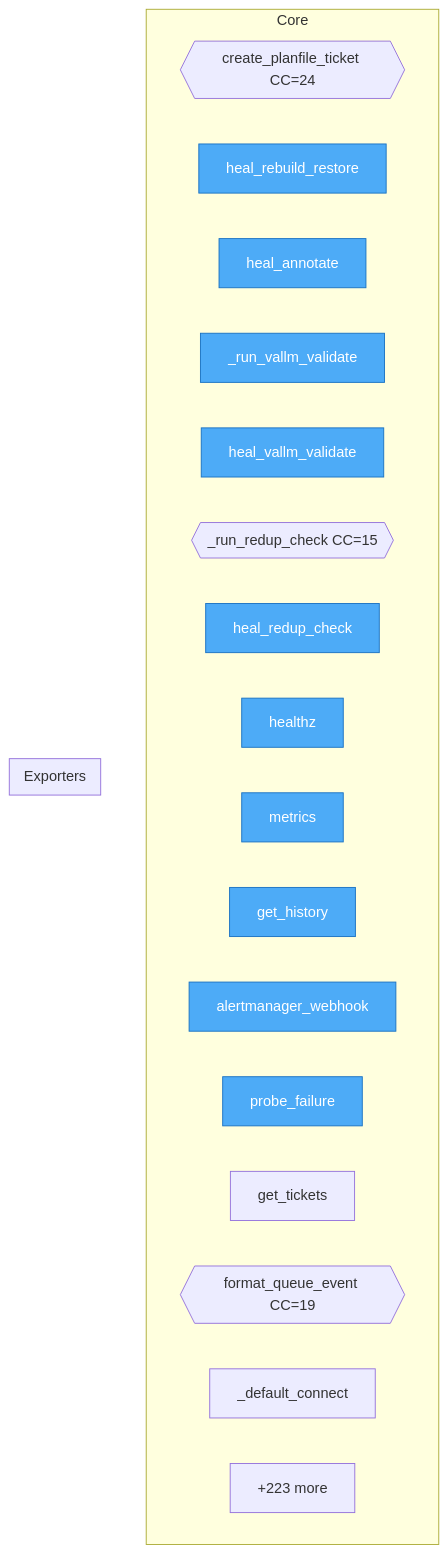
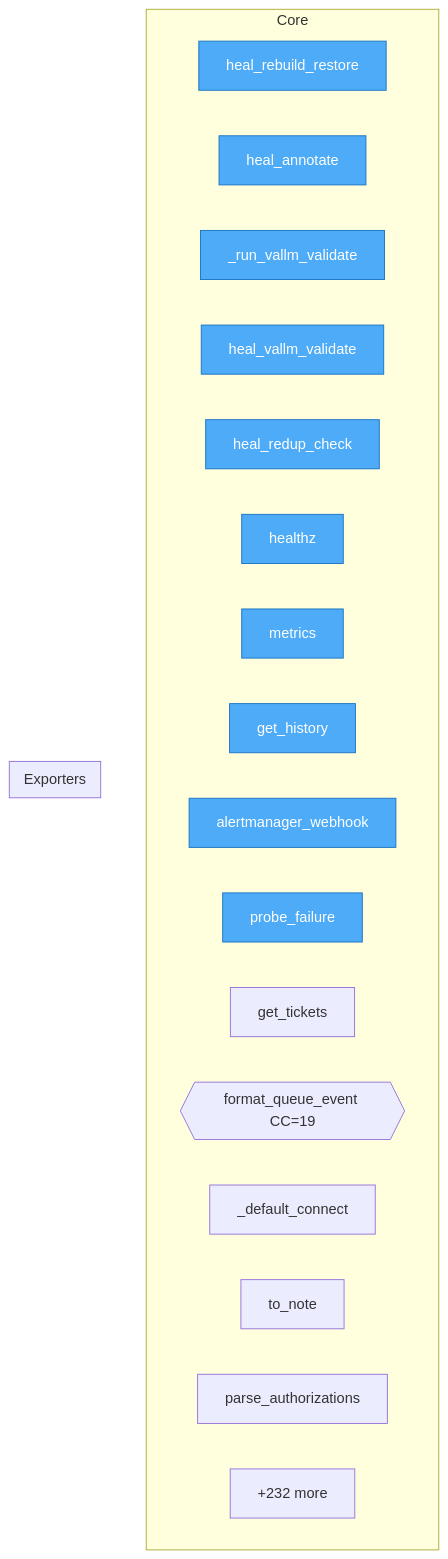
Before and after one commit to semcod/koru: the diagram in project/flow.mmd, drawn with Mermaid. The commit also changed 32 other files, not shown here.

```diff
--- a/project/flow.mmd
+++ b/project/flow.mmd
@@ -1,29 +1,29 @@
 flowchart TD
 %% generated in 0.01s
 
     %% Entry points (blue)
     classDef entry fill:#4dabf7,stroke:#1971c2,color:#fff
 
     subgraph Core
-        services__healing_webhook__app__create_planfile_ticket{{create_planfile_ticket CC=24}}
         services__healing_webhook__app__heal_rebuild_restore["heal_rebuild_restore"]
         services__healing_webhook__app__heal_annotate["heal_annotate"]
         services__healing_webhook__app___run_vallm_validate["_run_vallm_validate"]
         services__healing_webhook__app__heal_vallm_validate["heal_vallm_validate"]
-        services__healing_webhook__app___run_redup_check{{_run_redup_check CC=15}}
         services__healing_webhook__app__heal_redup_check["heal_redup_check"]
         services__healing_webhook__app__healthz["healthz"]
         services__healing_webhook__app__metrics["metrics"]
         services__healing_webhook__app__get_history["get_history"]
         services__healing_webhook__app__alertmanager_webhook["alertmanager_webhook"]
         services__healing_webhook__app__probe_failure["probe_failure"]
         services__healing_webhook__app__get_tickets["get_tickets"]
         src__koru__watch__format_queue_event{{format_queue_event CC=19}}
         src__koru__watch___default_connect["_default_connect"]
-        ...["+223 more"]
+        src__koru__gate__GateAuthorization__to_note["to_note"]
+        src__koru__gate__parse_authorizations["parse_authorizations"]
+        ...["+232 more"]
     end
 
     subgraph Exporters
     end
 
     class services__healing_webhook__app__heal_rebuild_restore,services__healing_webhook__app__heal_annotate,services__healing_webhook__app___run_vallm_validate,services__healing_webhook__app__heal_vallm_validate,services__healing_webhook__app__heal_redup_check,services__healing_webhook__app__healthz,services__healing_webhook__app__metrics,services__healing_webhook__app__get_history,services__healing_webhook__app__alertmanager_webhook,services__healing_webhook__app__probe_failure entry
```
